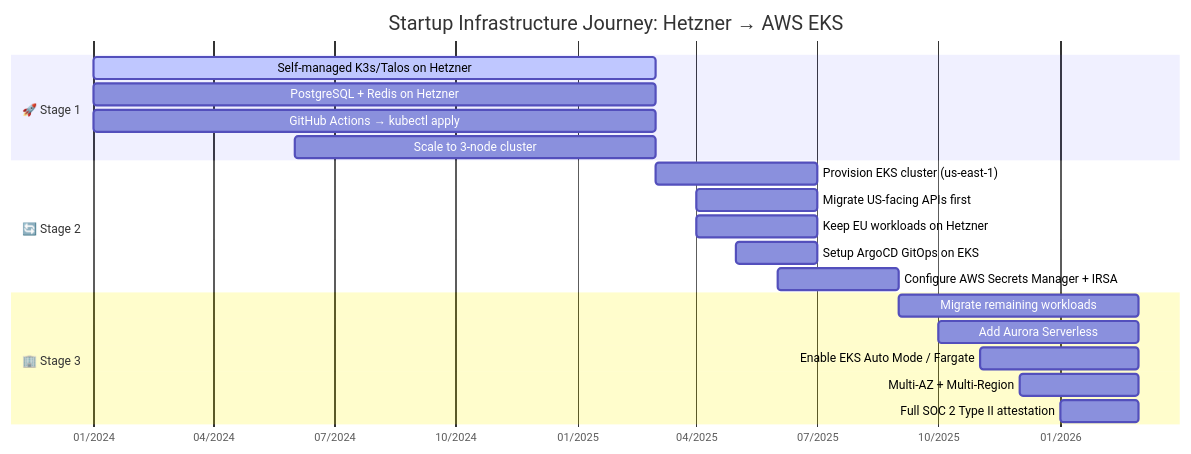
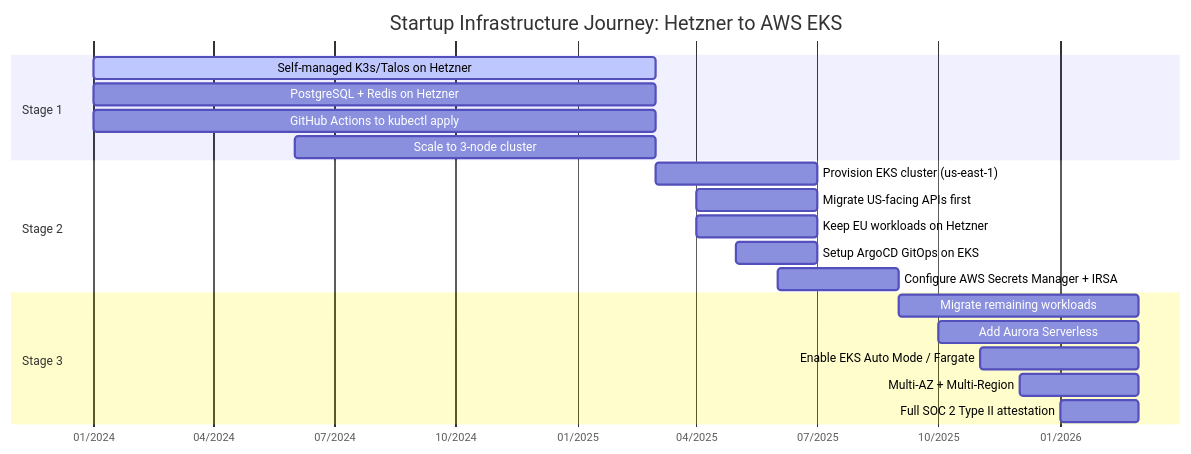
Before and after one commit to DurianLAB/hetzner-to-eks: the seventh of 10 diagrams in README.md, drawn with Mermaid. The commit also changed other lines of this file, not shown here.

First line of the commit message:
fix: correct Mermaid syntax for GitHub rendering

````diff
--- a/README.md
+++ b/README.md
@@ -508,26 +486,26 @@
 ```mermaid
 gantt
-    title Startup Infrastructure Journey: Hetzner → AWS EKS
+    title Startup Infrastructure Journey: Hetzner to AWS EKS
     dateFormat  YYYY-MM
     axisFormat  %m/%Y
 
-    section 🚀 Stage 1
+    section Stage 1
     Self-managed K3s/Talos on Hetzner   :active, t1, 2024-01, 2025-03
     PostgreSQL + Redis on Hetzner        :t1, 2024-01, 2025-03
-    GitHub Actions → kubectl apply       :t1, 2024-01, 2025-03
-    Scale to 3-node cluster              :t1, 2024-06, 2025-03
+    GitHub Actions to kubectl apply      :t1, 2024-01, 2025-03
+    Scale to 3-node cluster             :t1, 2024-06, 2025-03
 
-    section 🔄 Stage 2
-    Provision EKS cluster (us-east-1)    :t2, 2025-03, 2025-07
-    Migrate US-facing APIs first         :t2, 2025-04, 2025-07
-    Keep EU workloads on Hetzner         :t2, 2025-04, 2025-07
+    section Stage 2
+    Provision EKS cluster (us-east-1)   :t2, 2025-03, 2025-07
+    Migrate US-facing APIs first        :t2, 2025-04, 2025-07
+    Keep EU workloads on Hetzner        :t2, 2025-04, 2025-07
     Setup ArgoCD GitOps on EKS          :t2, 2025-05, 2025-07
-    Configure AWS Secrets Manager + IRSA  :t2, 2025-06, 2025-09
+    Configure AWS Secrets Manager + IRSA :t2, 2025-06, 2025-09
 
-    section 🏢 Stage 3
-    Migrate remaining workloads          :t3, 2025-09, 2026-03
-    Add Aurora Serverless               :t3, 2025-10, 2026-03
-    Enable EKS Auto Mode / Fargate       :t3, 2025-11, 2026-03
-    Multi-AZ + Multi-Region             :t3, 2025-12, 2026-03
-    Full SOC 2 Type II attestation     :t3, 2026-01, 2026-03
+    section Stage 3
+    Migrate remaining workloads         :t3, 2025-09, 2026-03
+    Add Aurora Serverless              :t3, 2025-10, 2026-03
+    Enable EKS Auto Mode / Fargate      :t3, 2025-11, 2026-03
+    Multi-AZ + Multi-Region            :t3, 2025-12, 2026-03
+    Full SOC 2 Type II attestation      :t3, 2026-01, 2026-03
 ```
````
